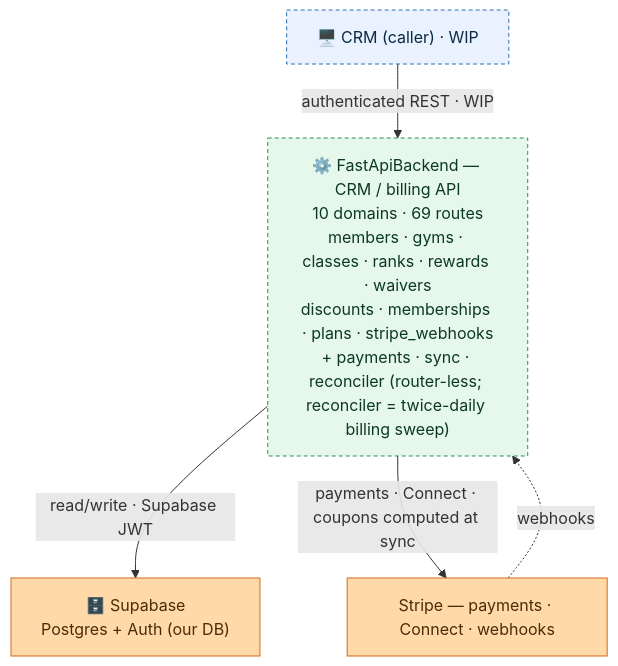
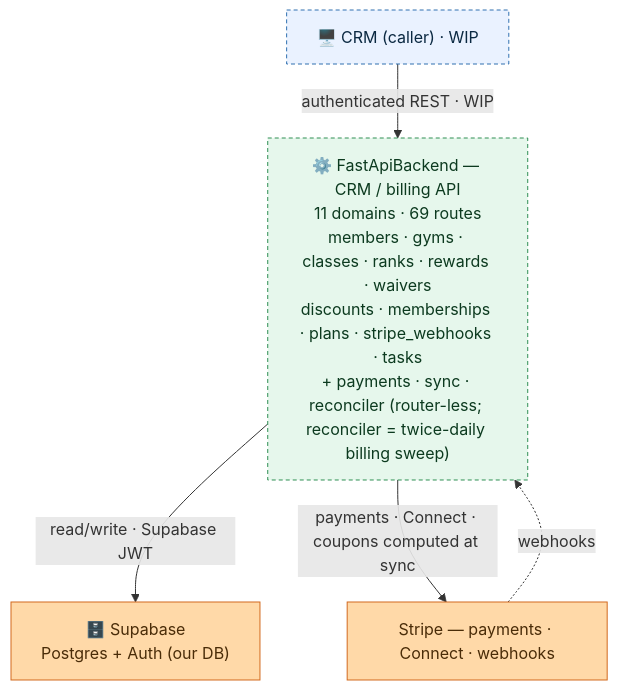
Before and after one commit to jesse51002/CombatDen: the diagram in FastApiBackend/README.md, drawn with Mermaid. The commit also changed other lines of this file and 119 other files, not shown here.

First line of the commit message:
Membership-row immutability + reprice as tasks (+ CRM batch-reprice UI) (#25)

````diff
--- a/FastApiBackend/README.md
+++ b/FastApiBackend/README.md
@@ -15,19 +15,19 @@
 ```mermaid
 flowchart TB
   CRM["🖥️ CRM (caller) · WIP"]
-  FB["⚙️ FastApiBackend — CRM / billing API<br/>10 domains · 69 routes<br/>members · gyms · classes · ranks · rewards · waivers<br/>discounts · memberships · plans · stripe_webhooks<br/>+ payments · sync · reconciler (router-less; reconciler = twice-daily billing sweep)"]
+  FB["⚙️ FastApiBackend — CRM / billing API<br/>11 domains · 69 routes<br/>members · gyms · classes · ranks · rewards · waivers<br/>discounts · memberships · plans · stripe_webhooks · tasks<br/>+ payments · sync · reconciler (router-less; reconciler = twice-daily billing sweep)"]
   Supabase["🗄️ Supabase<br/>Postgres + Auth (our DB)"]
   Stripe["Stripe — payments · Connect · webhooks"]
   CRM -->|"authenticated REST · WIP"| FB
   FB -->|"read/write · Supabase JWT"| Supabase
   FB -->|"payments · Connect · coupons computed at sync"| Stripe
   Stripe -.->|"webhooks"| FB
   classDef client fill:#eaf2ff,stroke:#2f6fb0,color:#0b2942;
   classDef svc fill:#e6f7ec,stroke:#2f8f53,color:#0c3a1f;
   classDef ext fill:#ffd9a8,stroke:#d2691e,color:#4a2c08;
   class CRM client;
   class FB svc;
   class Supabase,Stripe ext;
   style CRM stroke-dasharray:4 3;
   style FB stroke-dasharray:4 3;
 ```
````
